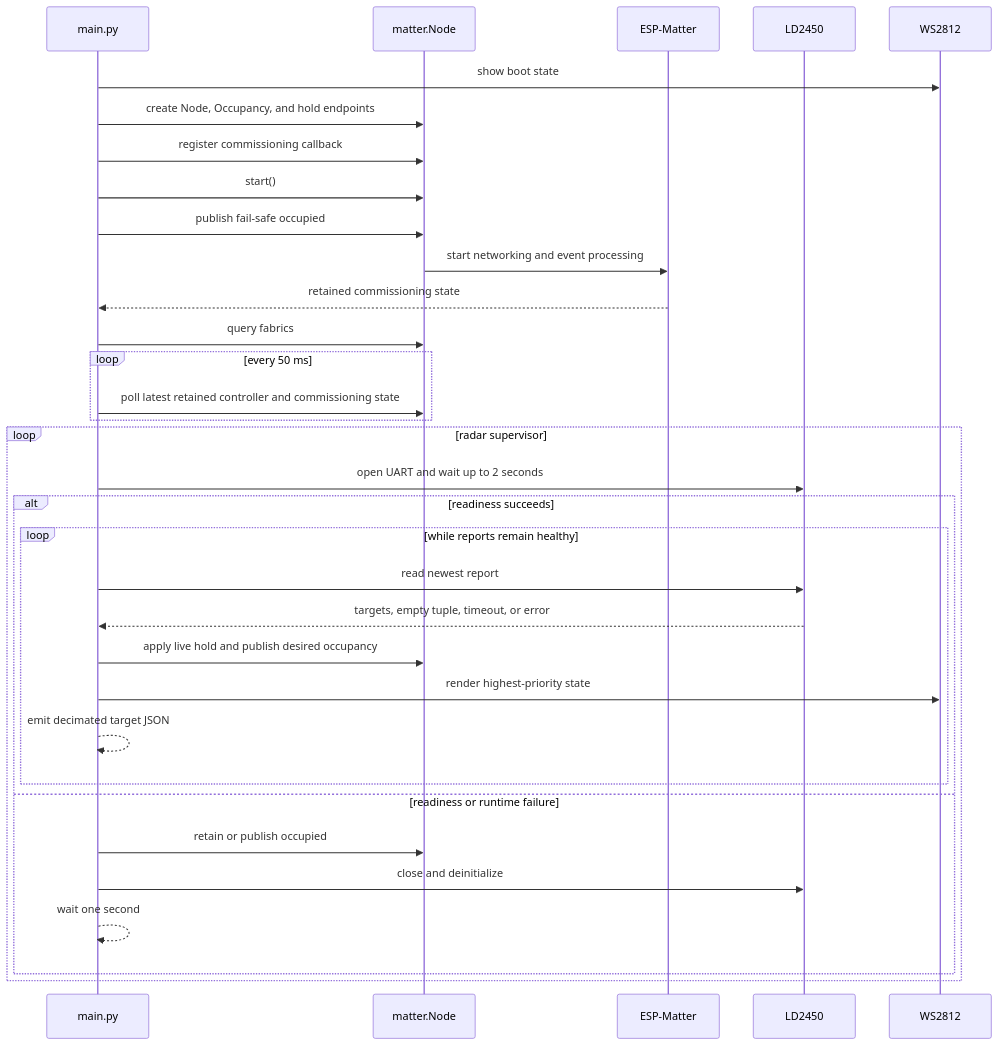
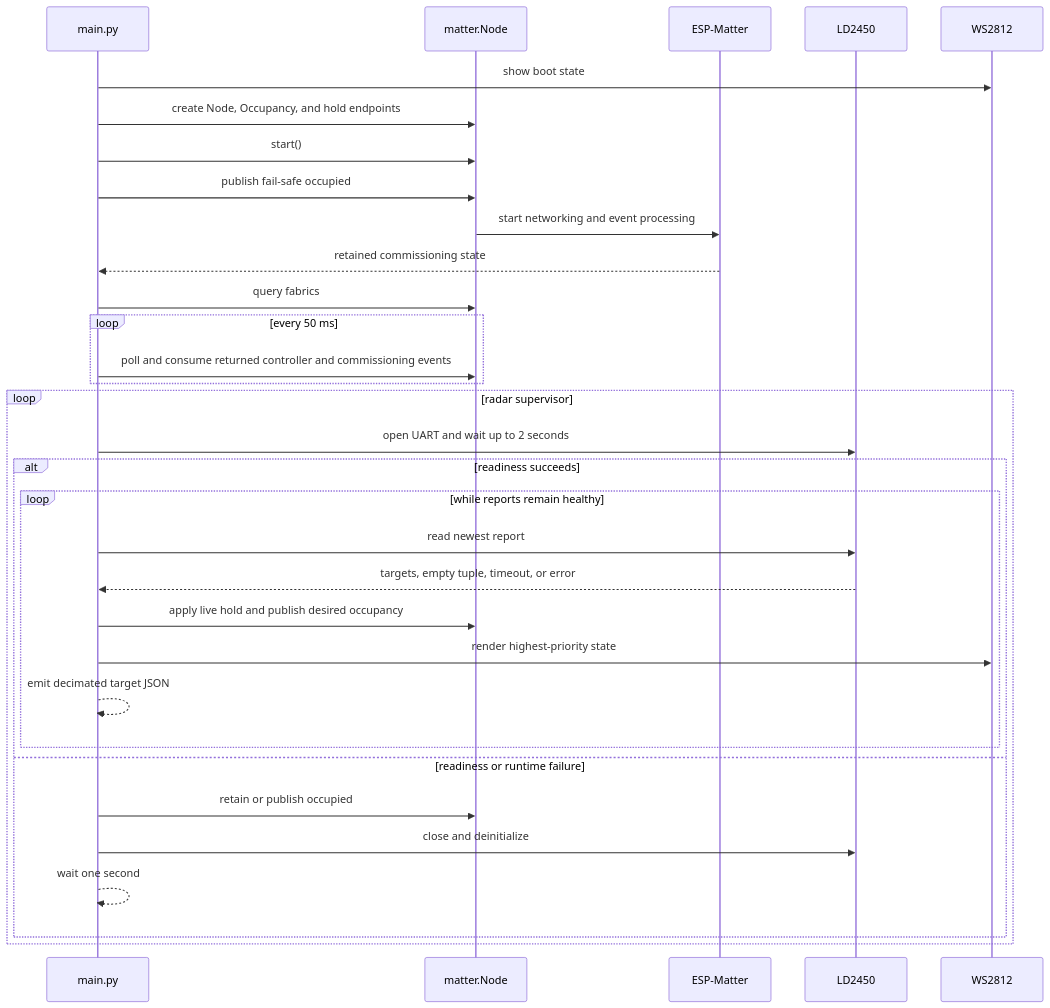
One commit to khlam/micropython-boardfarm changed the second of 3 diagrams in projects/matter-ld2450/README.md. Above: the diagram before and after it, drawn with Mermaid. The commit also changed other lines of this file and 22 other files, not shown here.

Commit message:
remove callback-driven property assignment with explicit matter interface

````diff
--- a/projects/matter-ld2450/README.md
+++ b/projects/matter-ld2450/README.md
@@ -110,36 +110,35 @@
 ```mermaid
 sequenceDiagram
     participant App as main.py
     participant Matter as matter.Node
     participant CHIP as ESP-Matter
     participant Radar as LD2450
     participant LED as WS2812
 
     App->>LED: show boot state
     App->>Matter: create Node, Occupancy, and hold endpoints
-    App->>Matter: register commissioning callback
     App->>Matter: start()
     App->>Matter: publish fail-safe occupied
     Matter->>CHIP: start networking and event processing
     CHIP-->>App: retained commissioning state
     App->>Matter: query fabrics
     loop every 50 ms
-        App->>Matter: poll latest retained controller and commissioning state
+        App->>Matter: poll and consume returned controller and commissioning events
     end
     loop radar supervisor
         App->>Radar: open UART and wait up to 2 seconds
         alt readiness succeeds
             loop while reports remain healthy
                 App->>Radar: read newest report
                 Radar-->>App: targets, empty tuple, timeout, or error
                 App->>Matter: apply live hold and publish desired occupancy
                 App->>LED: render highest-priority state
                 App-->>App: emit decimated target JSON
             end
         else readiness or runtime failure
             App->>Matter: retain or publish occupied
             App->>Radar: close and deinitialize
             App-->>App: wait one second
         end
     end
 ```
````
